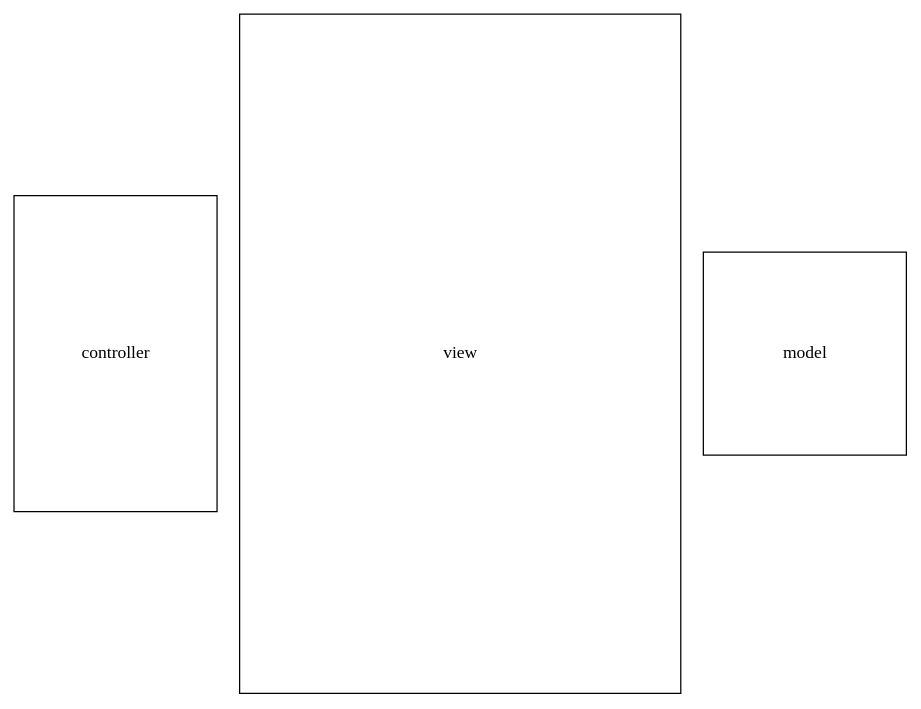
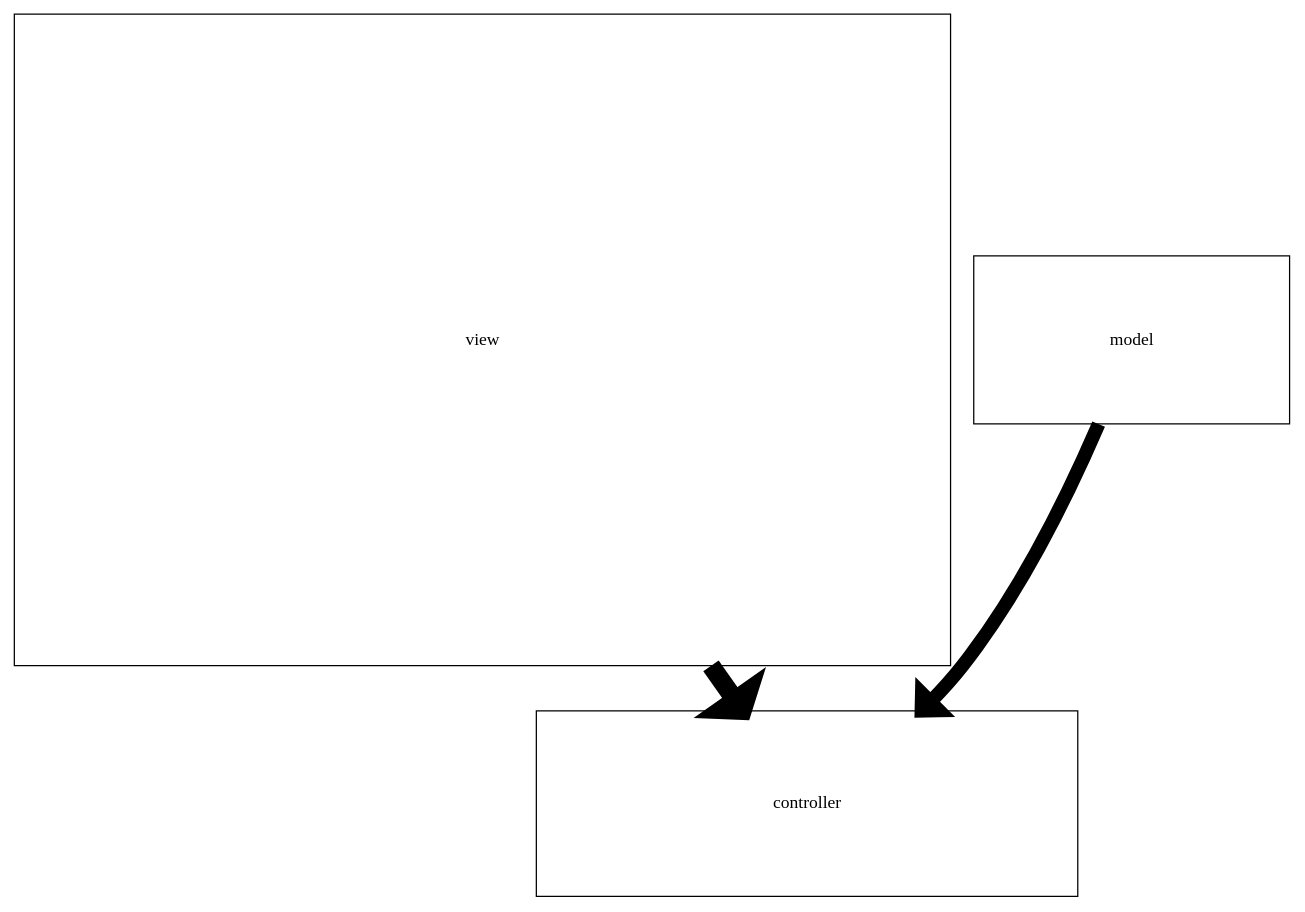
The diagram in protected/runtime/temp.dot (stefanrinderle/SoftViz3D), drawn with Graphviz before and after one commit. The commit also changed 8 other files, not shown here.

```diff
--- a/protected/runtime/temp.dot
+++ b/protected/runtime/temp.dot
@@ -1,5 +1,7 @@
 digraph G {
-    controller [ shape=rectangle,width=2.25,height=3.5,fixedsize=true,type="node" ];
-    view [ shape=rectangle,width=4.88888888889,height=7.52777777778,fixedsize=true,type="node" ];
-    model [ shape=rectangle,width=2.25,height=2.25,fixedsize=true,type="node" ];
+    controller [ shape=rectangle,width=6,height=2.05555555556,fixedsize=true,type="node" ];
+    view [ shape=rectangle,width=10.375,height=7.22222222222,fixedsize=true,type="node" ];
+    model [ shape=rectangle,width=3.5,height=1.86111111111,fixedsize=true,type="node" ];
+    view -> controller [ style="setlinewidth(15)",weight="setlinewidth(0.15)" ];
+    model -> controller [ style="setlinewidth(11)",weight="setlinewidth(0.11)" ];
 }
```
